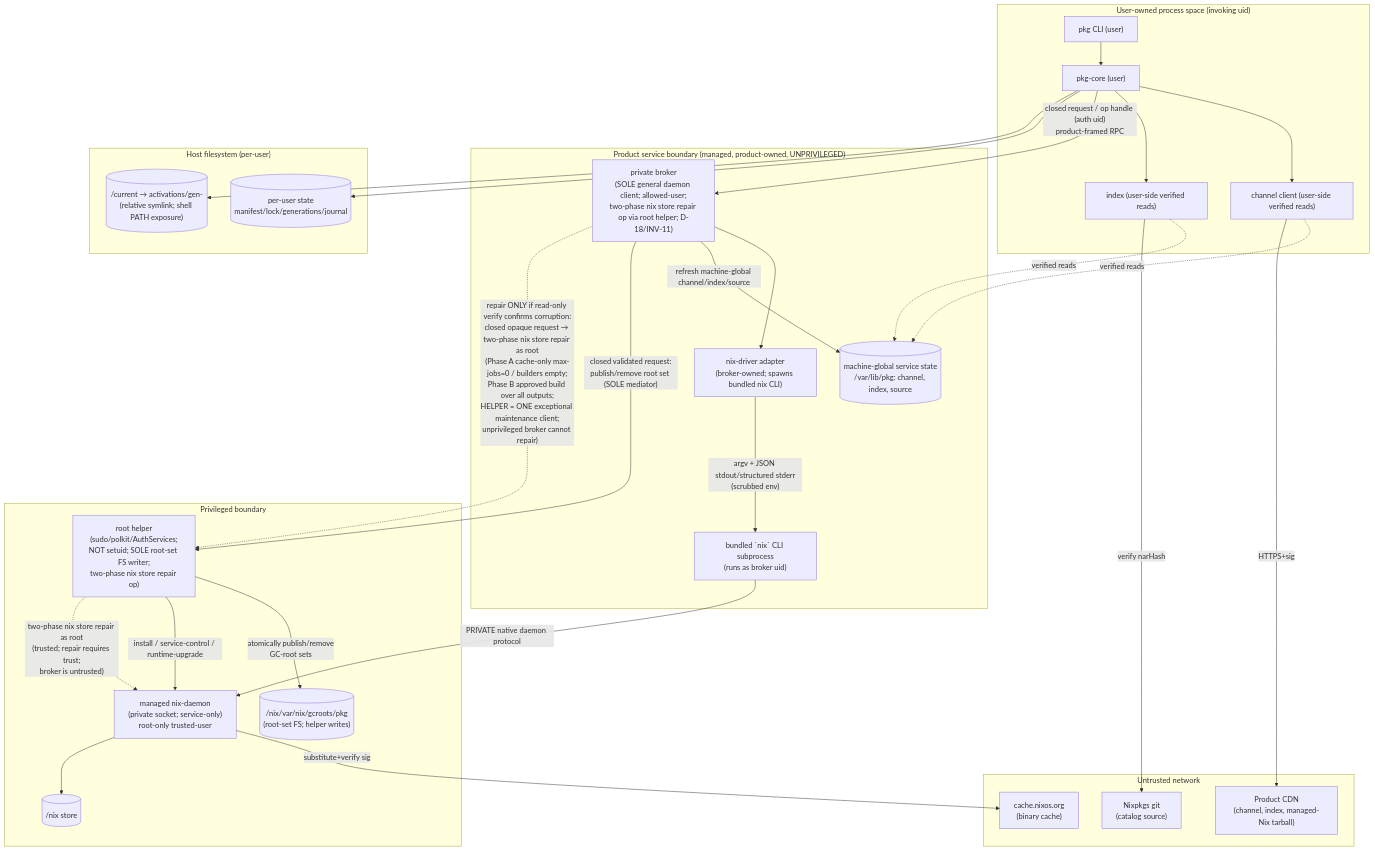
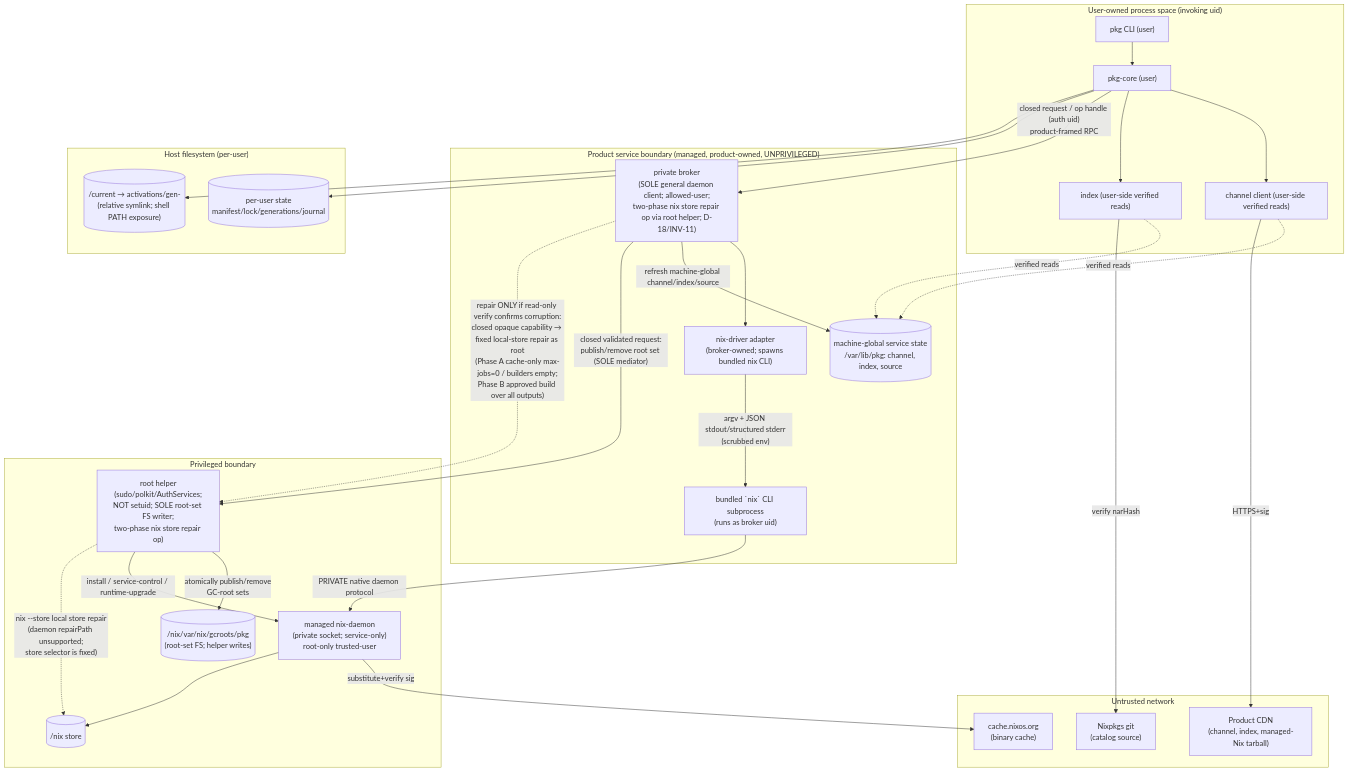
Before and after one commit to spa5k/pkg: the diagram in plans/08-security-model.md, drawn with Mermaid. The commit also changed other lines of this file and 12 other files, not shown here.

Commit message:
feat: add fixed local-store repair executor

````diff
--- a/plans/08-security-model.md
+++ b/plans/08-security-model.md
@@ -71,56 +71,56 @@
 ```mermaid
 flowchart TB
     subgraph Internet["Untrusted network"]
         CDN["Product CDN<br/>(channel, index, managed-Nix tarball)"]
         CACHE["cache.nixos.org<br/>(binary cache)"]
         NIXPKGS["Nixpkgs git<br/>(catalog source)"]
     end
 
     subgraph UserSpace["User-owned process space (invoking uid)"]
         CLI["pkg CLI (user)"]
         CORE["pkg-core (user)"]
         CHANNEL["channel client (user-side verified reads)"]
         INDEX["index (user-side verified reads)"]
     end
 
     subgraph SvcSpace["Product service boundary (managed, product-owned, UNPRIVILEGED)"]
         BROKER["private broker<br/>(SOLE general daemon client; allowed-user;<br/>two-phase nix store repair op via root helper; D-18/INV-11)"]
         NIXCLIENT["nix-driver adapter<br/>(broker-owned; spawns bundled nix CLI)"]
         NIXCLI["bundled `nix` CLI subprocess<br/>(runs as broker uid)"]
         SVCSTATE[("machine-global service state<br/>/var/lib/pkg: channel, index, source")]
     end
 
     subgraph PrivSpace["Privileged boundary"]
         HELPER["root helper<br/>(sudo/polkit/AuthServices;<br/>NOT setuid; SOLE root-set FS writer;<br/>two-phase nix store repair op)"]
         NIXD["managed nix-daemon<br/>(private socket; service-only)<br/>root-only trusted-user"]
         STORE[("/nix store")]
         GCROOTS[("/nix/var/nix/gcroots/pkg<br/>(root-set FS; helper writes)")]
     end
 
     subgraph HostFS["Host filesystem (per-user)"]
         STATE[("per-user state<br/>manifest/lock/generations/journal")]
         CUR[("<user-state>/current → activations/gen-<id><br/>(relative symlink; shell PATH exposure)")]
     end
 
     CLI --> CORE
     CORE --> CHANNEL
     CORE --> INDEX
     CORE -- "closed request / op handle (auth uid)<br/>product-framed RPC" --> BROKER
     BROKER --> NIXCLIENT
     NIXCLIENT -- "argv + JSON stdout/structured stderr<br/>(scrubbed env)" --> NIXCLI
     NIXCLI -- "PRIVATE native daemon protocol" --> NIXD
     BROKER -- "refresh machine-global channel/index/source" --> SVCSTATE
     CHANNEL -. "verified reads" .-> SVCSTATE
     INDEX -. "verified reads" .-> SVCSTATE
     CHANNEL -->|HTTPS+sig| CDN
     INDEX -->|verify narHash| NIXPKGS
     NIXD -->|substitute+verify sig| CACHE
     NIXD --> STORE
     BROKER -- "closed validated request:<br/>publish/remove root set (SOLE mediator)" --> HELPER
     HELPER -- "atomically publish/remove<br/>GC-root sets" --> GCROOTS
     HELPER -- "install / service-control / runtime-upgrade" --> NIXD
-    BROKER -. "repair ONLY if read-only verify confirms corruption:<br/>closed opaque request → two-phase nix store repair as root<br/>(Phase A cache-only max-jobs=0 / builders empty;<br/>Phase B approved build over all outputs;<br/>HELPER = ONE exceptional maintenance client;<br/>unprivileged broker cannot repair)" .-> HELPER
-    HELPER -. "two-phase nix store repair as root<br/>(trusted; repair requires trust;<br/>broker is untrusted)" .-> NIXD
+    BROKER -. "repair ONLY if read-only verify confirms corruption:<br/>closed opaque capability → fixed local-store repair as root<br/>(Phase A cache-only max-jobs=0 / builders empty;<br/>Phase B approved build over all outputs)" .-> HELPER
+    HELPER -. "nix --store local store repair<br/>(daemon repairPath unsupported;<br/>store selector is fixed)" .-> STORE
     CORE --> STATE
     CORE --> CUR
 ```
````
